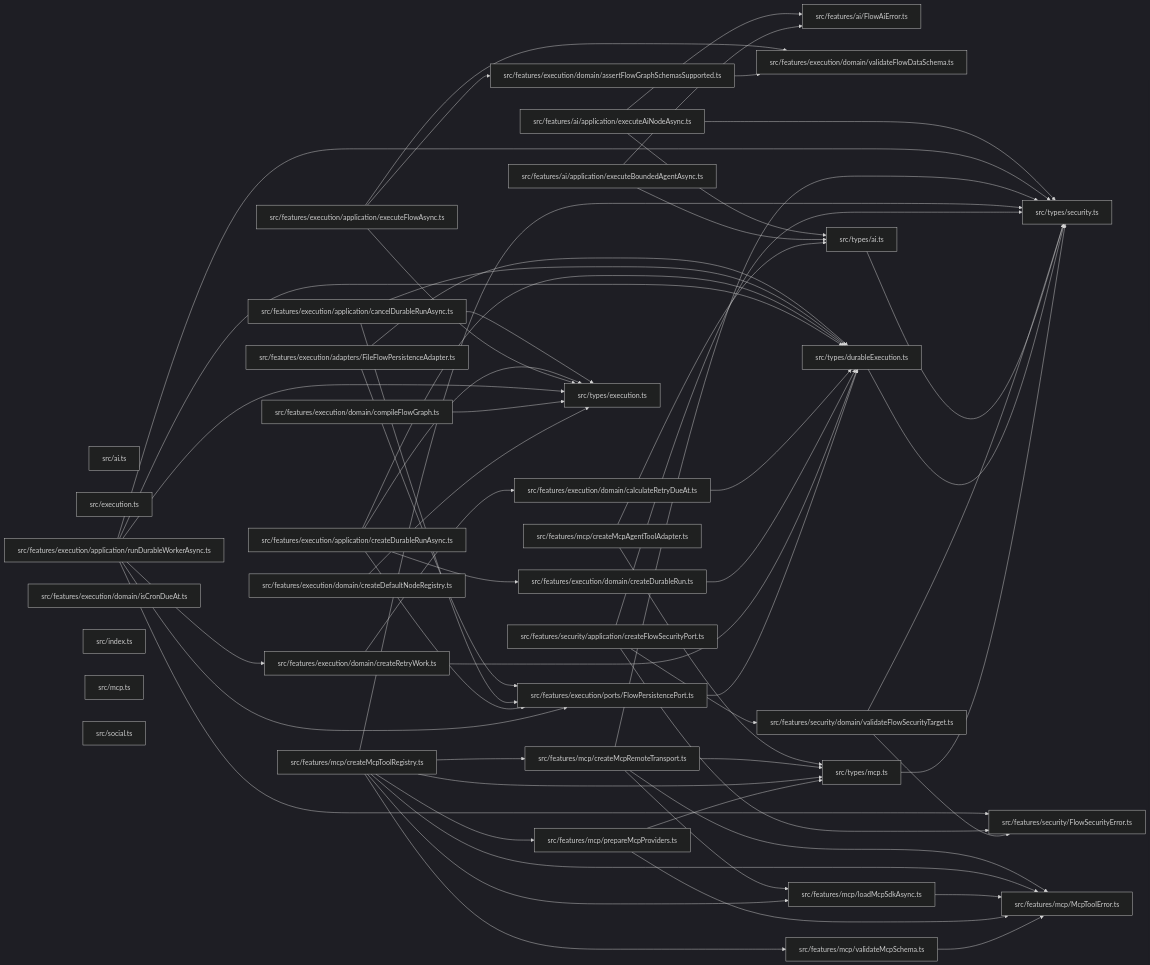
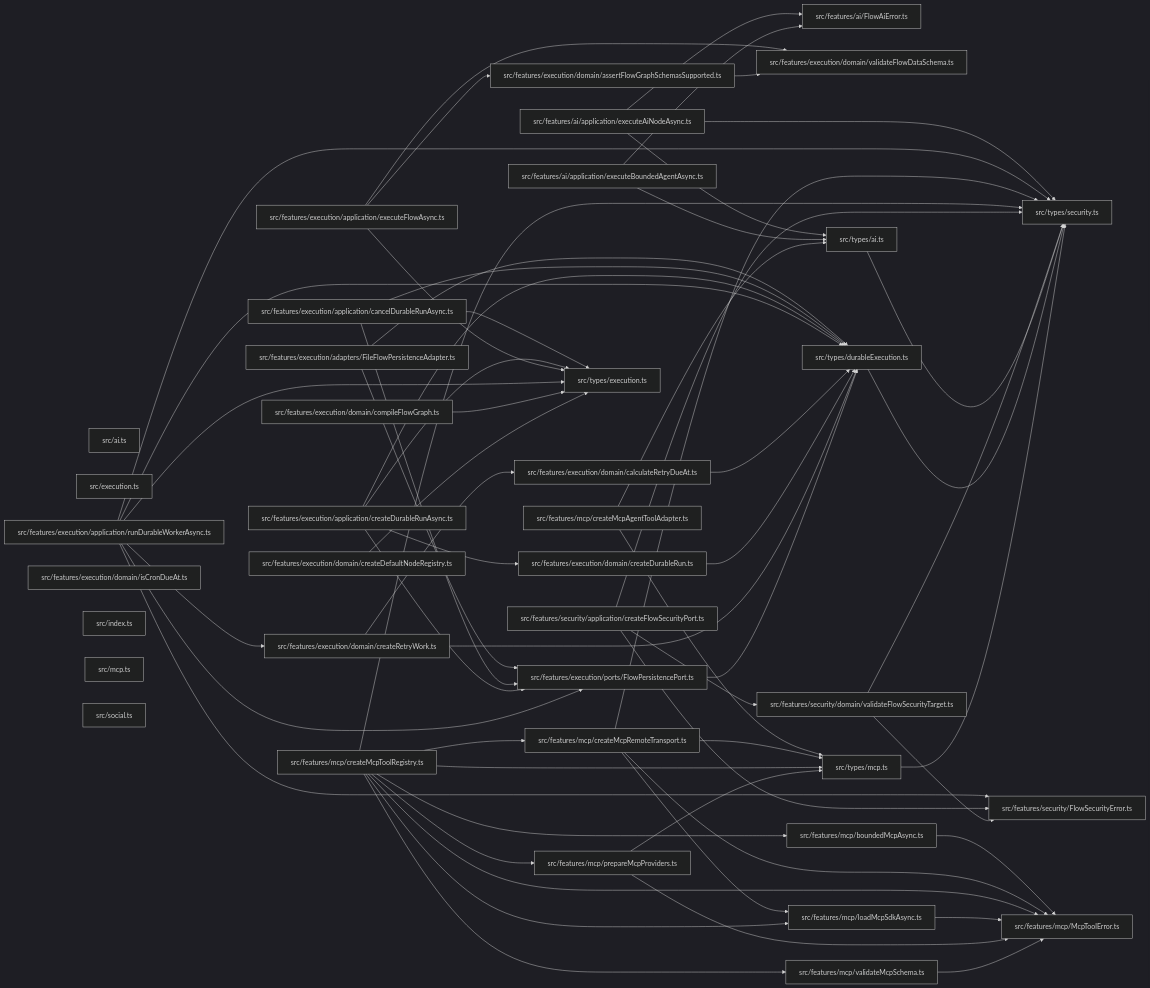
One commit to ankhorage/flow changed the diagram in paradox/diagrams/module-relationships.mmd. Above: the diagram before and after it, drawn with Mermaid (dark theme). The commit also changed 9 other files, not shown here.

```diff
--- a/paradox/diagrams/module-relationships.mmd
+++ b/paradox/diagrams/module-relationships.mmd
@@ -1,94 +1,97 @@
 graph LR
   module_src_ai_ts["src/ai.ts"]
   module_src_execution_ts["src/execution.ts"]
   module_src_features_ai_application_executeAiNodeAsync_ts["src/features/ai/application/executeAiNodeAsync.ts"]
   module_src_features_ai_application_executeBoundedAgentAsync_ts["src/features/ai/application/executeBoundedAgentAsync.ts"]
   module_src_features_ai_FlowAiError_ts["src/features/ai/FlowAiError.ts"]
   module_src_features_execution_adapters_FileFlowPersistenceAdapter_ts["src/features/execution/adapters/FileFlowPersistenceAdapter.ts"]
   module_src_features_execution_application_cancelDurableRunAsync_ts["src/features/execution/application/cancelDurableRunAsync.ts"]
   module_src_features_execution_application_createDurableRunAsync_ts["src/features/execution/application/createDurableRunAsync.ts"]
   module_src_features_execution_application_executeFlowAsync_ts["src/features/execution/application/executeFlowAsync.ts"]
   module_src_features_execution_application_runDurableWorkerAsync_ts["src/features/execution/application/runDurableWorkerAsync.ts"]
   module_src_features_execution_domain_assertFlowGraphSchemasSupported_ts["src/features/execution/domain/assertFlowGraphSchemasSupported.ts"]
   module_src_features_execution_domain_calculateRetryDueAt_ts["src/features/execution/domain/calculateRetryDueAt.ts"]
   module_src_features_execution_domain_compileFlowGraph_ts["src/features/execution/domain/compileFlowGraph.ts"]
   module_src_features_execution_domain_createDefaultNodeRegistry_ts["src/features/execution/domain/createDefaultNodeRegistry.ts"]
   module_src_features_execution_domain_createDurableRun_ts["src/features/execution/domain/createDurableRun.ts"]
   module_src_features_execution_domain_createRetryWork_ts["src/features/execution/domain/createRetryWork.ts"]
   module_src_features_execution_domain_isCronDueAt_ts["src/features/execution/domain/isCronDueAt.ts"]
   module_src_features_execution_domain_validateFlowDataSchema_ts["src/features/execution/domain/validateFlowDataSchema.ts"]
   module_src_features_execution_ports_FlowPersistencePort_ts["src/features/execution/ports/FlowPersistencePort.ts"]
+  module_src_features_mcp_boundedMcpAsync_ts["src/features/mcp/boundedMcpAsync.ts"]
   module_src_features_mcp_createMcpAgentToolAdapter_ts["src/features/mcp/createMcpAgentToolAdapter.ts"]
   module_src_features_mcp_createMcpRemoteTransport_ts["src/features/mcp/createMcpRemoteTransport.ts"]
   module_src_features_mcp_createMcpToolRegistry_ts["src/features/mcp/createMcpToolRegistry.ts"]
   module_src_features_mcp_loadMcpSdkAsync_ts["src/features/mcp/loadMcpSdkAsync.ts"]
   module_src_features_mcp_McpToolError_ts["src/features/mcp/McpToolError.ts"]
   module_src_features_mcp_prepareMcpProviders_ts["src/features/mcp/prepareMcpProviders.ts"]
   module_src_features_mcp_validateMcpSchema_ts["src/features/mcp/validateMcpSchema.ts"]
   module_src_features_security_application_createFlowSecurityPort_ts["src/features/security/application/createFlowSecurityPort.ts"]
   module_src_features_security_domain_validateFlowSecurityTarget_ts["src/features/security/domain/validateFlowSecurityTarget.ts"]
   module_src_features_security_FlowSecurityError_ts["src/features/security/FlowSecurityError.ts"]
   module_src_index_ts["src/index.ts"]
   module_src_mcp_ts["src/mcp.ts"]
   module_src_social_ts["src/social.ts"]
   module_src_types_ai_ts["src/types/ai.ts"]
   module_src_types_durableExecution_ts["src/types/durableExecution.ts"]
   module_src_types_execution_ts["src/types/execution.ts"]
   module_src_types_mcp_ts["src/types/mcp.ts"]
   module_src_types_security_ts["src/types/security.ts"]
   module_src_features_ai_application_executeAiNodeAsync_ts --> module_src_features_ai_FlowAiError_ts
   module_src_features_ai_application_executeAiNodeAsync_ts --> module_src_types_ai_ts
   module_src_features_ai_application_executeAiNodeAsync_ts --> module_src_types_security_ts
   module_src_features_ai_application_executeBoundedAgentAsync_ts --> module_src_features_ai_FlowAiError_ts
   module_src_features_ai_application_executeBoundedAgentAsync_ts --> module_src_types_ai_ts
   module_src_features_execution_adapters_FileFlowPersistenceAdapter_ts --> module_src_features_execution_ports_FlowPersistencePort_ts
   module_src_features_execution_adapters_FileFlowPersistenceAdapter_ts --> module_src_types_durableExecution_ts
   module_src_features_execution_application_cancelDurableRunAsync_ts --> module_src_features_execution_ports_FlowPersistencePort_ts
   module_src_features_execution_application_cancelDurableRunAsync_ts --> module_src_types_durableExecution_ts
   module_src_features_execution_application_cancelDurableRunAsync_ts --> module_src_types_execution_ts
   module_src_features_execution_application_createDurableRunAsync_ts --> module_src_features_execution_domain_createDurableRun_ts
   module_src_features_execution_application_createDurableRunAsync_ts --> module_src_features_execution_ports_FlowPersistencePort_ts
   module_src_features_execution_application_createDurableRunAsync_ts --> module_src_types_durableExecution_ts
   module_src_features_execution_application_createDurableRunAsync_ts --> module_src_types_execution_ts
   module_src_features_execution_application_executeFlowAsync_ts --> module_src_features_execution_domain_assertFlowGraphSchemasSupported_ts
   module_src_features_execution_application_executeFlowAsync_ts --> module_src_features_execution_domain_validateFlowDataSchema_ts
   module_src_features_execution_application_executeFlowAsync_ts --> module_src_types_execution_ts
   module_src_features_execution_application_runDurableWorkerAsync_ts --> module_src_features_execution_domain_createRetryWork_ts
   module_src_features_execution_application_runDurableWorkerAsync_ts --> module_src_features_execution_ports_FlowPersistencePort_ts
   module_src_features_execution_application_runDurableWorkerAsync_ts --> module_src_features_security_FlowSecurityError_ts
   module_src_features_execution_application_runDurableWorkerAsync_ts --> module_src_types_durableExecution_ts
   module_src_features_execution_application_runDurableWorkerAsync_ts --> module_src_types_execution_ts
   module_src_features_execution_application_runDurableWorkerAsync_ts --> module_src_types_security_ts
   module_src_features_execution_domain_assertFlowGraphSchemasSupported_ts --> module_src_features_execution_domain_validateFlowDataSchema_ts
   module_src_features_execution_domain_calculateRetryDueAt_ts --> module_src_types_durableExecution_ts
   module_src_features_execution_domain_compileFlowGraph_ts --> module_src_types_execution_ts
   module_src_features_execution_domain_createDefaultNodeRegistry_ts --> module_src_types_execution_ts
   module_src_features_execution_domain_createDurableRun_ts --> module_src_types_durableExecution_ts
   module_src_features_execution_domain_createRetryWork_ts --> module_src_features_execution_domain_calculateRetryDueAt_ts
   module_src_features_execution_domain_createRetryWork_ts --> module_src_types_durableExecution_ts
   module_src_features_execution_ports_FlowPersistencePort_ts --> module_src_types_durableExecution_ts
+  module_src_features_mcp_boundedMcpAsync_ts --> module_src_features_mcp_McpToolError_ts
   module_src_features_mcp_createMcpAgentToolAdapter_ts --> module_src_types_ai_ts
   module_src_features_mcp_createMcpAgentToolAdapter_ts --> module_src_types_mcp_ts
   module_src_features_mcp_createMcpRemoteTransport_ts --> module_src_features_mcp_loadMcpSdkAsync_ts
   module_src_features_mcp_createMcpRemoteTransport_ts --> module_src_features_mcp_McpToolError_ts
   module_src_features_mcp_createMcpRemoteTransport_ts --> module_src_types_mcp_ts
   module_src_features_mcp_createMcpRemoteTransport_ts --> module_src_types_security_ts
+  module_src_features_mcp_createMcpToolRegistry_ts --> module_src_features_mcp_boundedMcpAsync_ts
   module_src_features_mcp_createMcpToolRegistry_ts --> module_src_features_mcp_createMcpRemoteTransport_ts
   module_src_features_mcp_createMcpToolRegistry_ts --> module_src_features_mcp_loadMcpSdkAsync_ts
   module_src_features_mcp_createMcpToolRegistry_ts --> module_src_features_mcp_McpToolError_ts
   module_src_features_mcp_createMcpToolRegistry_ts --> module_src_features_mcp_prepareMcpProviders_ts
   module_src_features_mcp_createMcpToolRegistry_ts --> module_src_features_mcp_validateMcpSchema_ts
   module_src_features_mcp_createMcpToolRegistry_ts --> module_src_types_mcp_ts
   module_src_features_mcp_createMcpToolRegistry_ts --> module_src_types_security_ts
   module_src_features_mcp_loadMcpSdkAsync_ts --> module_src_features_mcp_McpToolError_ts
   module_src_features_mcp_prepareMcpProviders_ts --> module_src_features_mcp_McpToolError_ts
   module_src_features_mcp_prepareMcpProviders_ts --> module_src_types_mcp_ts
   module_src_features_mcp_validateMcpSchema_ts --> module_src_features_mcp_McpToolError_ts
   module_src_features_security_application_createFlowSecurityPort_ts --> module_src_features_security_domain_validateFlowSecurityTarget_ts
   module_src_features_security_application_createFlowSecurityPort_ts --> module_src_features_security_FlowSecurityError_ts
   module_src_features_security_application_createFlowSecurityPort_ts --> module_src_types_security_ts
   module_src_features_security_domain_validateFlowSecurityTarget_ts --> module_src_features_security_FlowSecurityError_ts
   module_src_features_security_domain_validateFlowSecurityTarget_ts --> module_src_types_security_ts
   module_src_types_ai_ts --> module_src_types_security_ts
   module_src_types_durableExecution_ts --> module_src_types_security_ts
   module_src_types_mcp_ts --> module_src_types_security_ts
```
